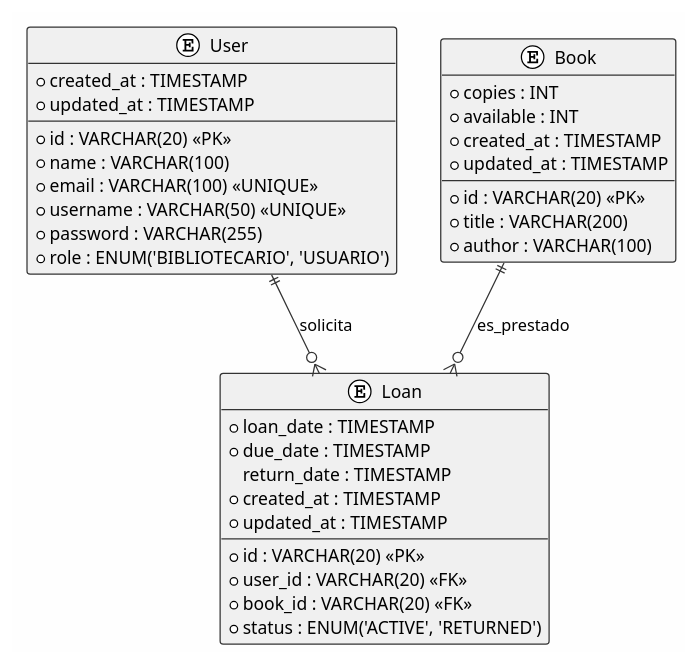
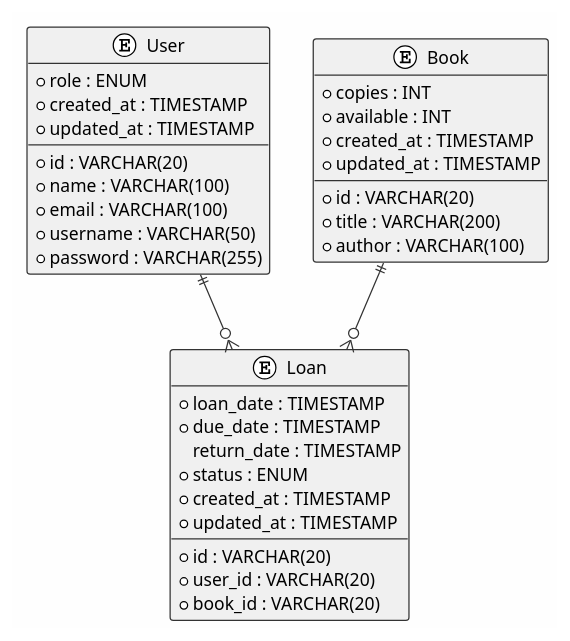
Before and after one commit to Juank-1030/DOSW-Library: the diagram in output/DOSW_Library_ER_3FN.puml, drawn with PlantUML. The commit also changed 1 other file, not shown here.

Commit message:
fix: Corregir sintaxis PlantUML en diagramas para renderizar correctamente

```diff
--- a/output/DOSW_Library_ER_3FN.puml
+++ b/output/DOSW_Library_ER_3FN.puml
@@ -1,45 +1,45 @@
 @startuml DOSW_Library_ER_3FN
 !theme plain
 skinparam backgroundColor #FEFEFE
 skinparam classBackgroundColor #F0F0F0
 skinparam classBorderColor #333333
 skinparam arrowColor #333333
 skinparam shadowing false
 
 entity User {
-    *id : VARCHAR(20) <<PK>>
+    *id : VARCHAR(20)
     *name : VARCHAR(100)
-    *email : VARCHAR(100) <<UNIQUE>>
-    *username : VARCHAR(50) <<UNIQUE>>
+    *email : VARCHAR(100)
+    *username : VARCHAR(50)
     *password : VARCHAR(255)
-    *role : ENUM('BIBLIOTECARIO', 'USUARIO')
+    *role : ENUM
     *created_at : TIMESTAMP
     *updated_at : TIMESTAMP
 }
 
 entity Book {
-    *id : VARCHAR(20) <<PK>>
+    *id : VARCHAR(20)
     *title : VARCHAR(200)
     *author : VARCHAR(100)
     *copies : INT
     *available : INT
     *created_at : TIMESTAMP
     *updated_at : TIMESTAMP
 }
 
 entity Loan {
-    *id : VARCHAR(20) <<PK>>
-    *user_id : VARCHAR(20) <<FK>>
-    *book_id : VARCHAR(20) <<FK>>
+    *id : VARCHAR(20)
+    *user_id : VARCHAR(20)
+    *book_id : VARCHAR(20)
     *loan_date : TIMESTAMP
     *due_date : TIMESTAMP
     return_date : TIMESTAMP
-    *status : ENUM('ACTIVE', 'RETURNED')
+    *status : ENUM
     *created_at : TIMESTAMP
     *updated_at : TIMESTAMP
 }
 
-User ||--o{ Loan : solicita
-Book ||--o{ Loan : es_prestado
+User ||--o{ Loan
+Book ||--o{ Loan
 
 @enduml
```
